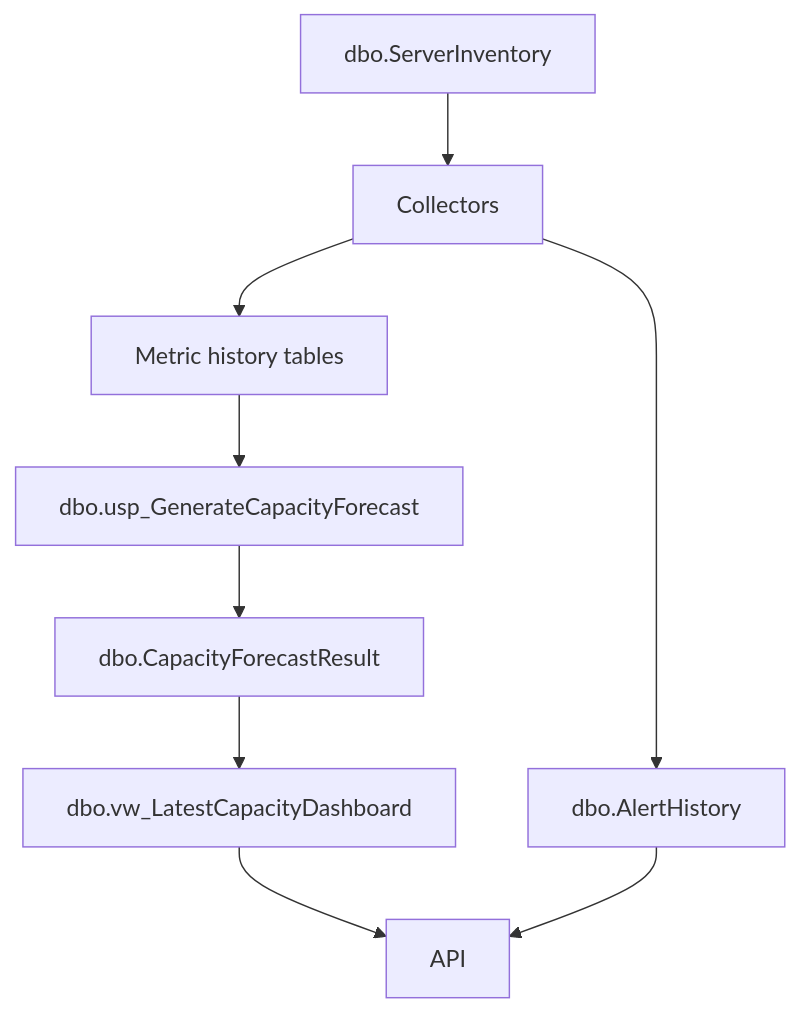
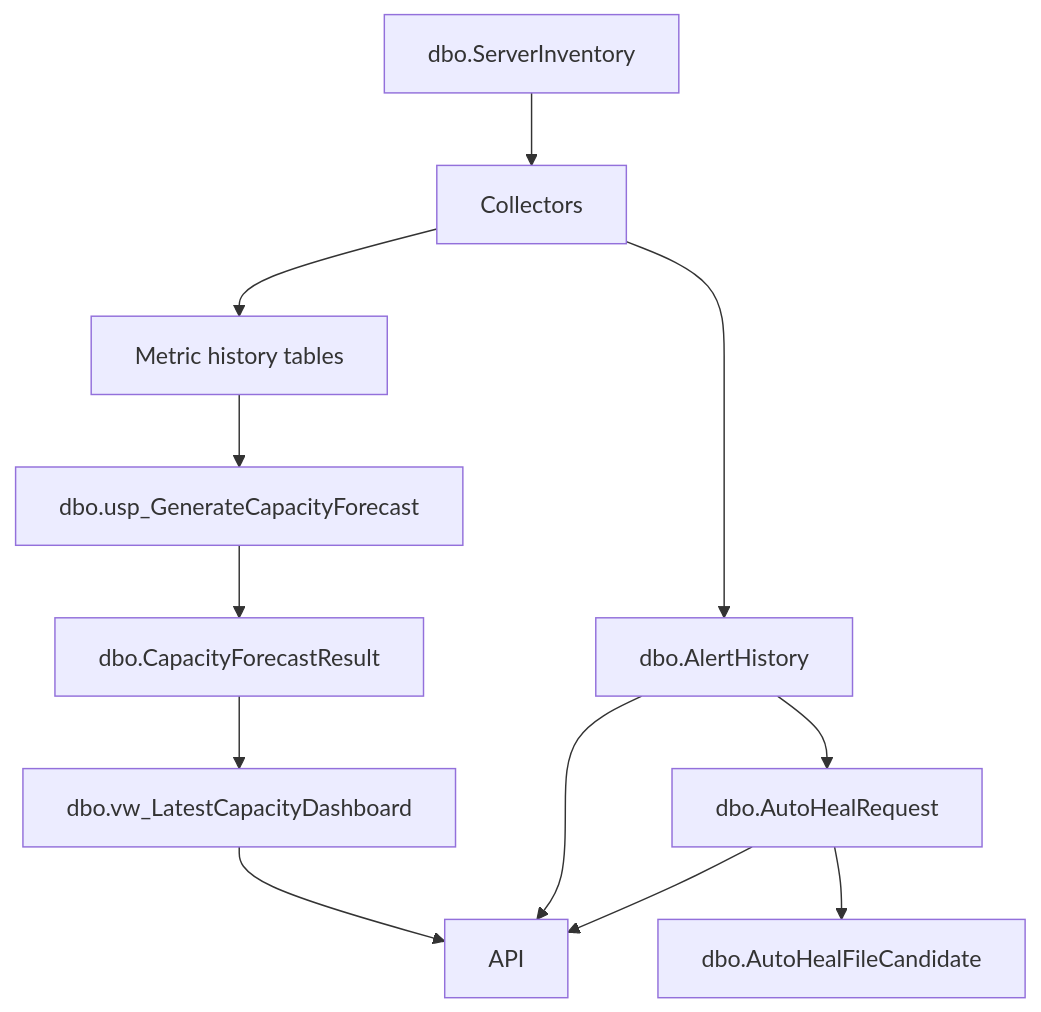
One commit to shamvil89/Capacity-Intelligence-Dashboard changed the diagram in dba-capacity-intelligence-dashboard/database/README.md. Above: the diagram before and after it, drawn with Mermaid. The commit also changed other lines of this file and 25 other files, not shown here.

Commit message:
Add drive-aware forecast and auto-heal actions

````diff
--- a/dba-capacity-intelligence-dashboard/database/README.md
+++ b/dba-capacity-intelligence-dashboard/database/README.md
@@ -35,11 +35,14 @@
 ```mermaid
 flowchart TD
     A["dbo.ServerInventory"] --> B["Collectors"]
     B --> C["Metric history tables"]
     C --> D["dbo.usp_GenerateCapacityForecast"]
     D --> E["dbo.CapacityForecastResult"]
     E --> F["dbo.vw_LatestCapacityDashboard"]
     B --> G["dbo.AlertHistory"]
+    G --> H["dbo.AutoHealRequest"]
+    H --> I["dbo.AutoHealFileCandidate"]
     F --> API["API"]
     G --> API
+    H --> API
 ```
````
